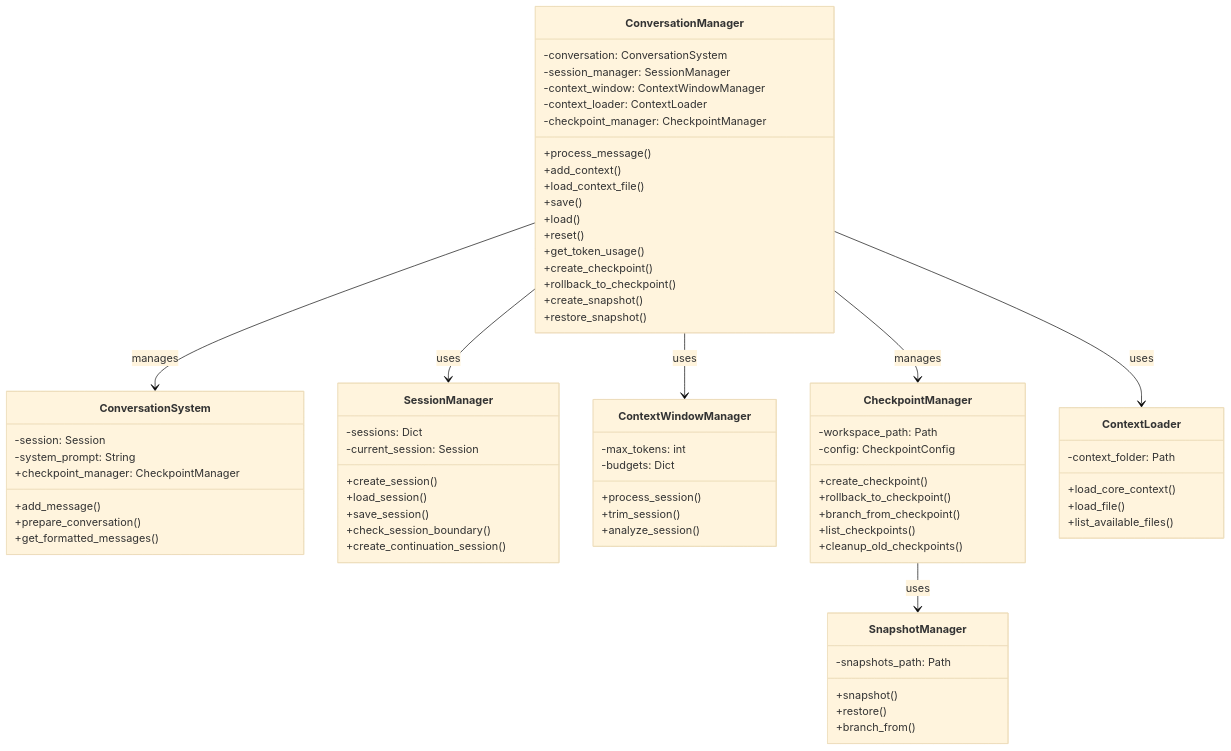
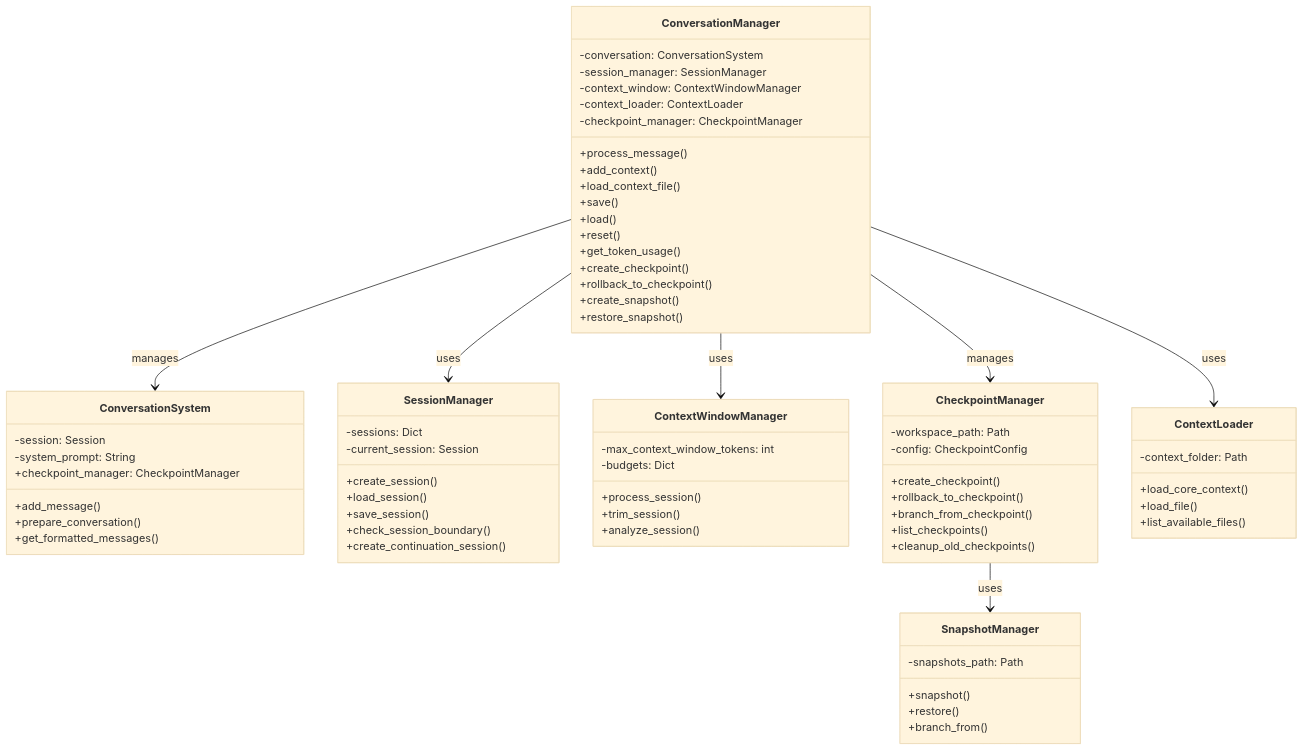
One commit to Maximooch/penguin changed the first of 3 diagrams in docs/docs/system/conversation-manager.md. Above: the diagram before and after it, drawn with Mermaid (base theme). The commit also changed 12 other files, not shown here.

````diff
--- a/docs/docs/system/conversation-manager.md
+++ b/docs/docs/system/conversation-manager.md
@@ -17,79 +17,79 @@
 ```mermaid
 classDiagram
     class ConversationManager {
         -conversation: ConversationSystem
         -session_manager: SessionManager
         -context_window: ContextWindowManager
         -context_loader: ContextLoader
         -checkpoint_manager: CheckpointManager
         +process_message()
         +add_context()
         +load_context_file()
         +save()
         +load()
         +reset()
         +get_token_usage()
         +create_checkpoint()
         +rollback_to_checkpoint()
         +create_snapshot()
         +restore_snapshot()
     }
 
     class ConversationSystem {
         -session: Session
         -system_prompt: String
         +add_message()
         +prepare_conversation()
         +get_formatted_messages()
         +checkpoint_manager: CheckpointManager
     }
 
     class SessionManager {
         -sessions: Dict
         -current_session: Session
         +create_session()
         +load_session()
         +save_session()
         +check_session_boundary()
         +create_continuation_session()
     }
 
     class ContextWindowManager {
-        -max_tokens: int
+        -max_context_window_tokens: int
         -budgets: Dict
         +process_session()
         +trim_session()
         +analyze_session()
     }
 
     class CheckpointManager {
         -workspace_path: Path
         -config: CheckpointConfig
         +create_checkpoint()
         +rollback_to_checkpoint()
         +branch_from_checkpoint()
         +list_checkpoints()
         +cleanup_old_checkpoints()
     }
 
     class SnapshotManager {
         -snapshots_path: Path
         +snapshot()
         +restore()
         +branch_from()
     }
 
     class ContextLoader {
         -context_folder: Path
         +load_core_context()
         +load_file()
         +list_available_files()
     }
 
     ConversationManager --> ConversationSystem : manages
     ConversationManager --> SessionManager : uses
     ConversationManager --> ContextWindowManager : uses
     ConversationManager --> ContextLoader : uses
     ConversationManager --> CheckpointManager : manages
     CheckpointManager --> SnapshotManager : uses
 ```
````
